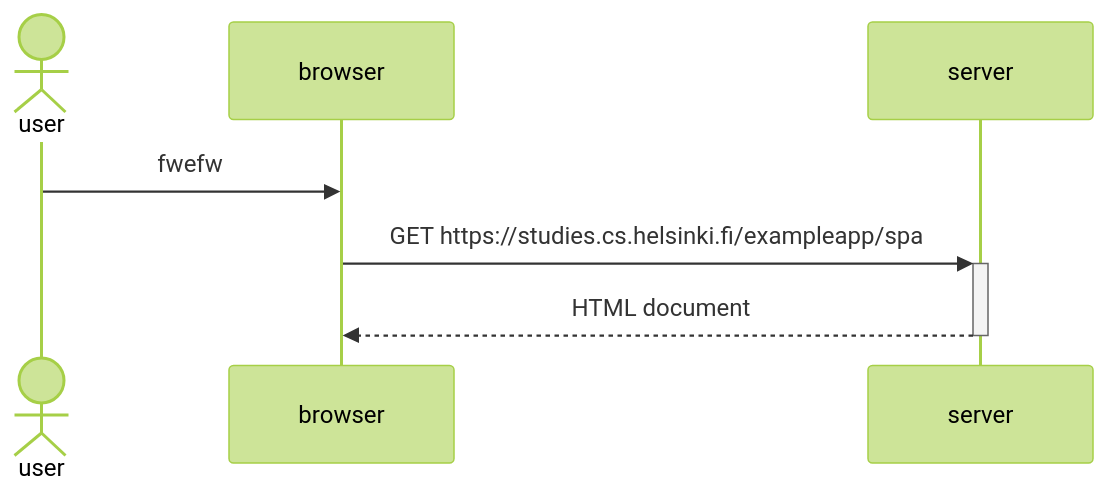
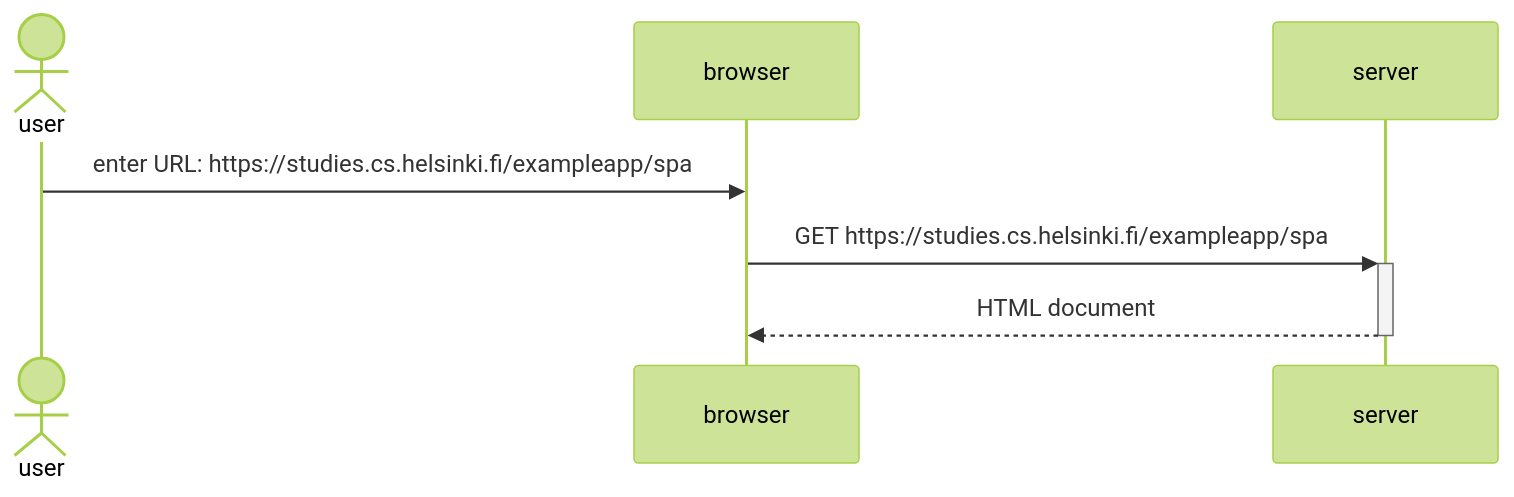
The diagram in Part_0/SinglePageDiagram.md (congthanh1999/FullStackOpen), drawn with Mermaid (forest theme) before and after one commit.

````diff
--- a/Part_0/SinglePageDiagram.md
+++ b/Part_0/SinglePageDiagram.md
@@ -1,13 +1,13 @@
 ```mermaid
       sequenceDiagram
 
       actor user
       participant browser
       participant server
 
-      user->>browser: fwefw
+      user->>browser: enter URL: https://studies.cs.helsinki.fi/exampleapp/spa
 
       browser->>+server: GET https://studies.cs.helsinki.fi/exampleapp/spa
       server-->>-browser: HTML document
 
 ```
````
